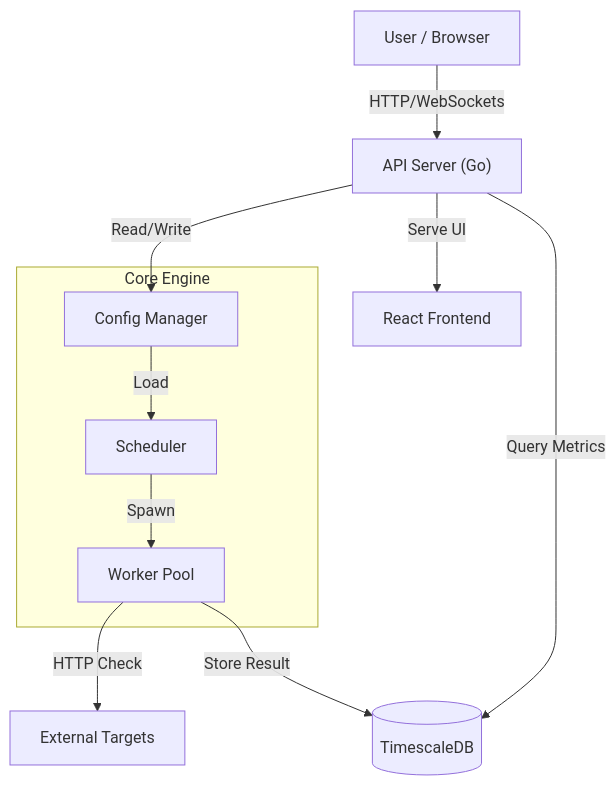
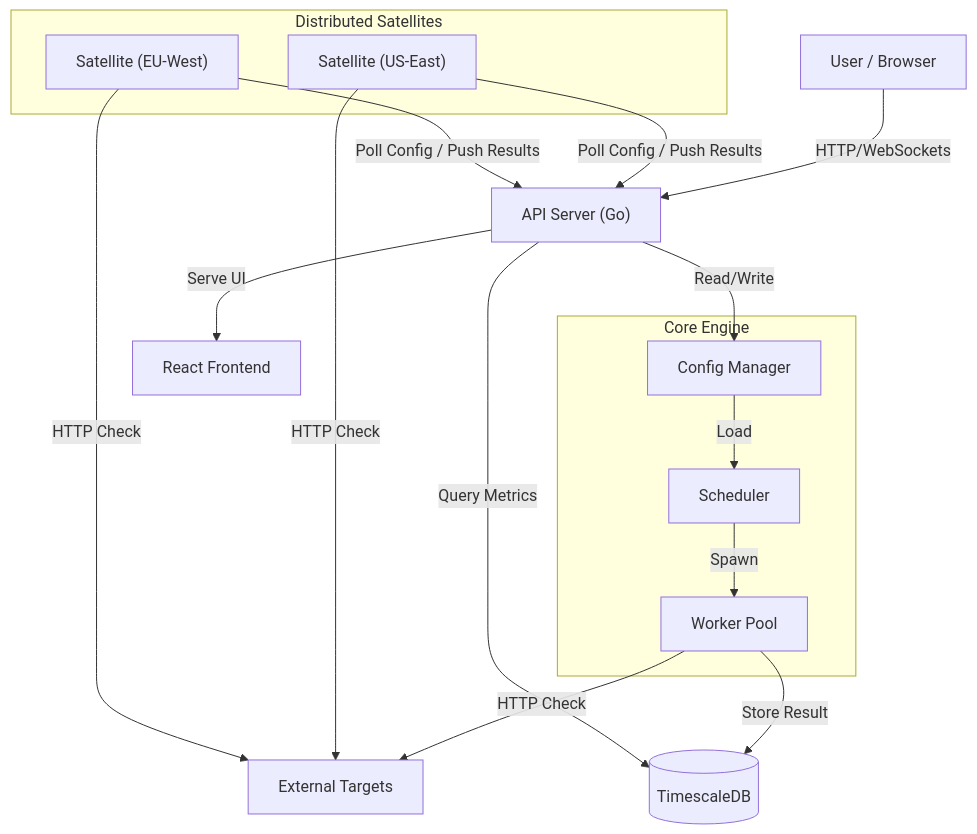
The diagram in README.md (vsmanu/octo), drawn with Mermaid before and after one commit. The commit also changed other lines of this file and 16 other files, not shown here.

Commit message:
feat: Introduce satellite agents for distributed health checks, enhancing metric storage and UI to display per-satellite results.

````diff
--- a/README.md
+++ b/README.md
@@ -52,16 +70,27 @@
 ```mermaid
 graph TD
     User["User / Browser"] -->|"HTTP/WebSockets"| API["API Server (Go)"]
     API -->|"Serve UI"| UI["React Frontend"]
     API -->|"Read/Write"| Config["Config Manager"]
     Config -->|Load| SCH[Scheduler]
     SCH -->|Spawn| Workers["Worker Pool"]
     Workers -->|"HTTP Check"| Target["External Targets"]
     Workers -->|"Store Result"| DB[("TimescaleDB")]
     API -->|"Query Metrics"| DB
+    
     subgraph Core Engine
         Config
         SCH
         Workers
     end
+
+    subgraph Satellites ["Distributed Satellites"]
+        Sat1["Satellite (US-East)"]
+        Sat2["Satellite (EU-West)"]
+    end
+
+    Sat1 -->|"Poll Config / Push Results"| API
+    Sat2 -->|"Poll Config / Push Results"| API
+    Sat1 -->|"HTTP Check"| Target
+    Sat2 -->|"HTTP Check"| Target
 ```
````
